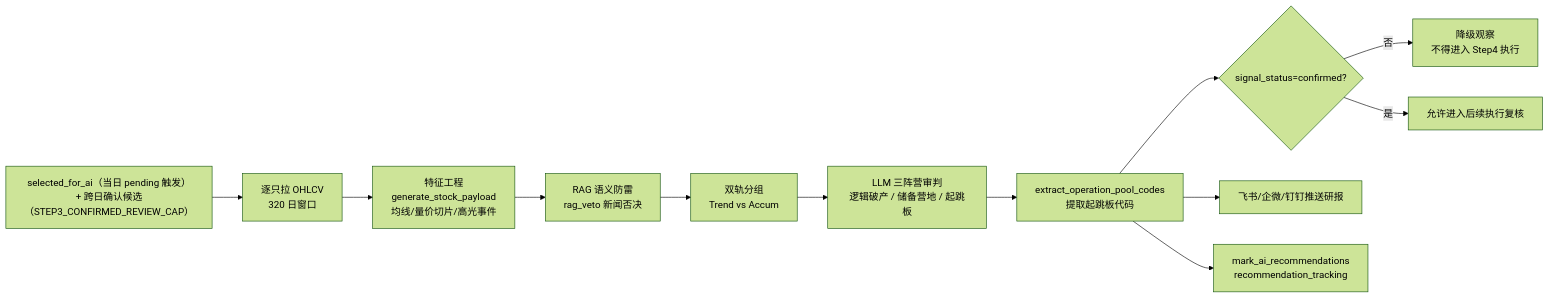
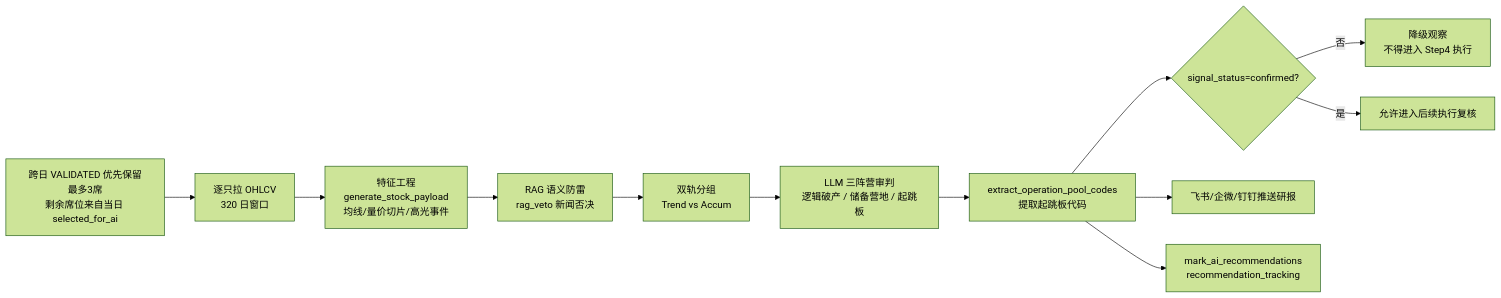
One commit to YoungCan-Wang/WyckoffTradingAgent changed the fourth of 7 diagrams in docs/A_SHARE_FUNNEL_FLOW.md. Above: the diagram before and after it, drawn with Mermaid (forest theme). The commit also changed other lines of this file and 76 other files, not shown here.

````diff
--- a/docs/A_SHARE_FUNNEL_FLOW.md
+++ b/docs/A_SHARE_FUNNEL_FLOW.md
@@ -277,14 +279,14 @@
 ```mermaid
 flowchart LR
-    IN["selected_for_ai（当日 pending 触发）<br/>+ 跨日确认候选（STEP3_CONFIRMED_REVIEW_CAP）"] --> FETCH["逐只拉 OHLCV<br/>320 日窗口"]
+    IN["跨日 VALIDATED 优先保留最多3席<br/>剩余席位来自当日 selected_for_ai"] --> FETCH["逐只拉 OHLCV<br/>320 日窗口"]
     FETCH --> FEAT["特征工程<br/>generate_stock_payload<br/>均线/量价切片/高光事件"]
     FEAT --> RAG["RAG 语义防雷<br/>rag_veto 新闻否决"]
     RAG --> SPLIT["双轨分组<br/>Trend vs Accum"]
     SPLIT --> LLM["LLM 三阵营审判<br/>逻辑破产 / 储备营地 / 起跳板"]
     LLM --> OUT["extract_operation_pool_codes<br/>提取起跳板代码"]
     OUT --> GATE{"signal_status=confirmed?"}
     GATE -->|否| WATCH["降级观察<br/>不得进入 Step4 执行"]
     GATE -->|是| EXEC["允许进入后续执行复核"]
     OUT --> PUSH["飞书/企微/钉钉推送研报"]
     OUT --> MARK["mark_ai_recommendations<br/>recommendation_tracking"]
 ```
````
